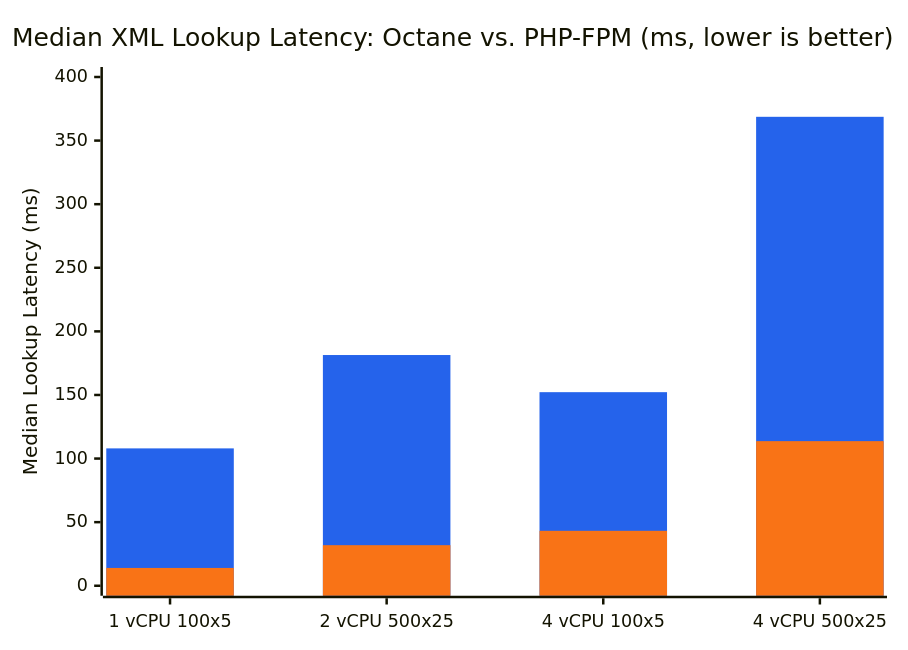
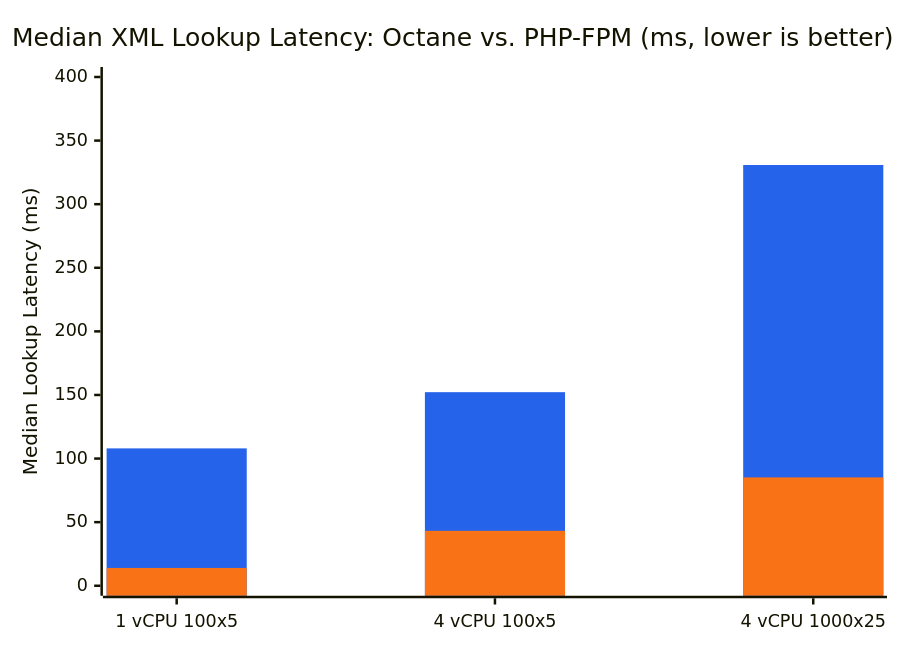
The second of 2 diagrams in docs/load-testing-results.md (tallpbx/tallpbx), drawn with Mermaid before and after one commit. The commit also changed other lines of this file and 18 other files, not shown here.

````diff
--- a/docs/load-testing-results.md
+++ b/docs/load-testing-results.md
@@ -117,14 +117,14 @@
 ```mermaid
 ---
 config:
   themeVariables:
     xyChart:
       plotColorPalette: "#2563eb, #f97316"
 ---
 xychart-beta
     title "Median XML Lookup Latency: Octane vs. PHP-FPM (ms, lower is better)"
-    x-axis ["1 vCPU 100x5", "2 vCPU 500x25", "4 vCPU 100x5", "4 vCPU 500x25"]
+    x-axis ["1 vCPU 100x5", "4 vCPU 100x5", "4 vCPU 1000x25"]
     y-axis "Median Lookup Latency (ms)" 0 --> 400
-    bar [108, 181.4, 152.2, 368.7]
-    bar [14, 31.9, 43.2, 113.7]
+    bar [108, 152.2, 330.8]
+    bar [14, 43.2, 85.2]
 ```
````
